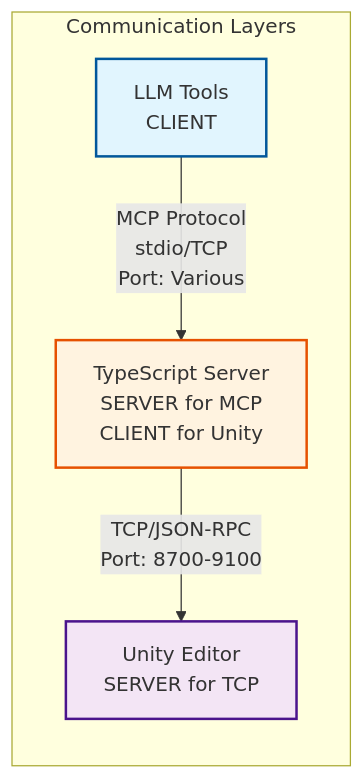
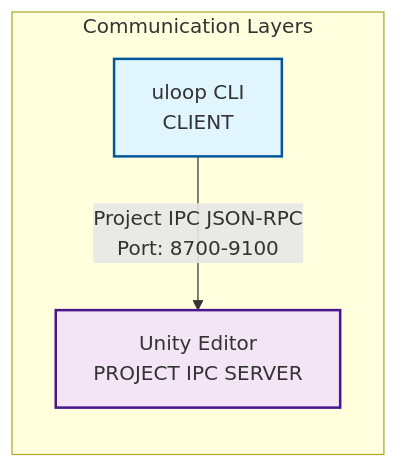
The second of 7 diagrams in Packages/docs/ARCHITECTURE_Unity.md (hatayama/uLoopMCP), drawn with Mermaid before and after one commit. The commit also changed other lines of this file and 38 other files, not shown here.

First line of the commit message:
Remove MCP client display and notifications

````diff
--- a/Packages/docs/ARCHITECTURE_Unity.md
+++ b/Packages/docs/ARCHITECTURE_Unity.md
@@ -61,19 +40,16 @@
 ```mermaid
 graph LR
     subgraph "Communication Layers"
-        LLM[LLM Tools<br/>CLIENT]
-        TS[TypeScript Server<br/>SERVER for MCP<br/>CLIENT for Unity]
-        Unity[Unity Editor<br/>SERVER for TCP]
+        CLI[uloop CLI<br/>CLIENT]
+        Unity[Unity Editor<br/>PROJECT IPC SERVER]
     end
     
-    LLM -->|"MCP Protocol<br/>stdio/TCP<br/>Port: Various"| TS
-    TS -->|"TCP/JSON-RPC<br/>Port: 8700-9100"| Unity
+    CLI -->|"Project IPC JSON-RPC<br/>Port: 8700-9100"| Unity
     
     classDef client fill:#e1f5fe,stroke:#01579b,stroke-width:2px
     classDef server fill:#f3e5f5,stroke:#4a148c,stroke-width:2px
     classDef hybrid fill:#fff3e0,stroke:#e65100,stroke-width:2px
     
-    class LLM client
+    class CLI client
     class Unity server
-    class TS hybrid
 ```
````
